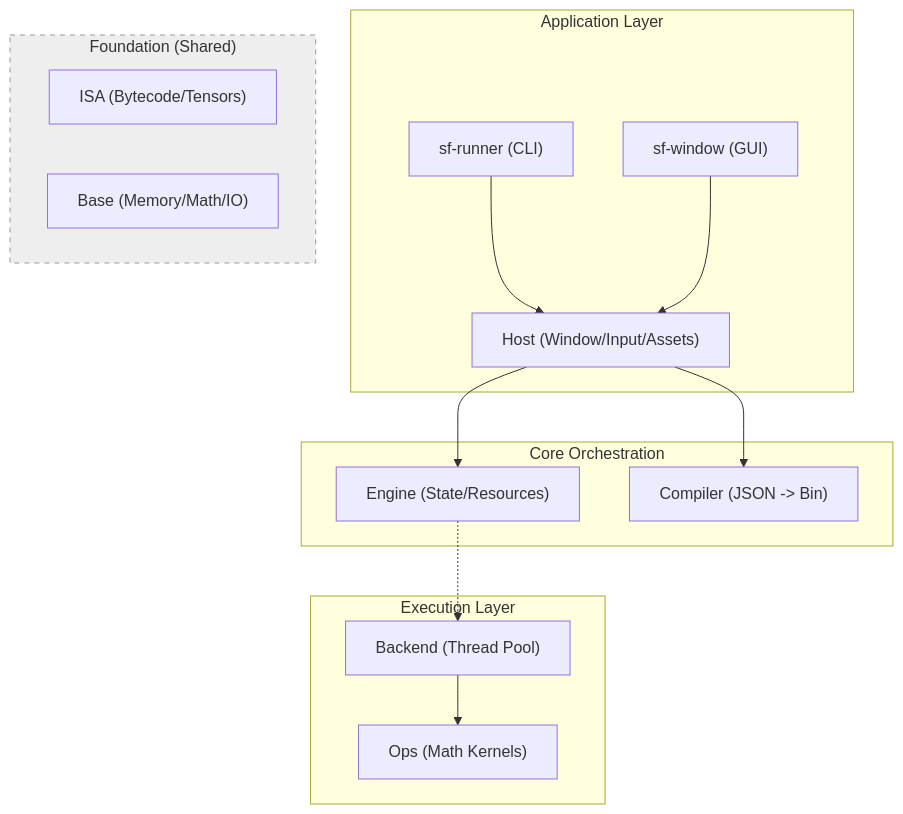
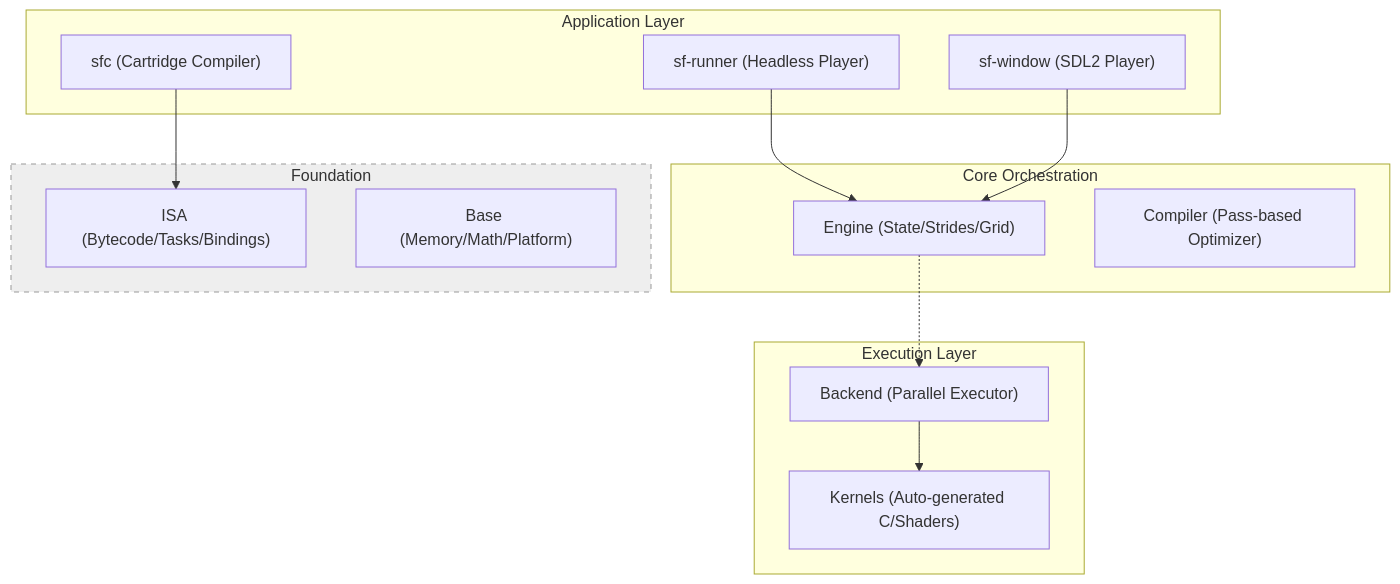
Before and after one commit to BinaryCat17/sf-spec: the diagram in docs/architecture.md, drawn with Mermaid. The commit also changed other lines of this file and 10 other files, not shown here.

````diff
--- a/docs/architecture.md
+++ b/docs/architecture.md
@@ -9,36 +9,34 @@
 ```mermaid
 graph TD
     subgraph App ["Application Layer"]
-        Runner["sf-runner (CLI)"]
-        Window["sf-window (GUI)"]
-        Host["Host (Window/Input/Assets)"]
+        SFC["sfc (Cartridge Compiler)"]
+        Runner["sf-runner (Headless Player)"]
+        Window["sf-window (SDL2 Player)"]
     end
 
     subgraph Core ["Core Orchestration"]
-        Engine["Engine (State/Resources)"]
-        Compiler["Compiler (JSON -> Bin)"]
+        Engine["Engine (State/Strides/Grid)"]
+        Compiler["Compiler (Pass-based Optimizer)"]
     end
 
     subgraph Exec ["Execution Layer"]
-        Backend["Backend (Thread Pool)"]
-        Ops["Ops (Math Kernels)"]
+        Backend["Backend (Parallel Executor)"]
+        Kernels["Kernels (Auto-generated C/Shaders)"]
     end
 
-    subgraph Foundation ["Foundation (Shared)"]
-        ISA["ISA (Bytecode/Tensors)"]
-        Base["Base (Memory/Math/IO)"]
+    subgraph Foundation ["Foundation"]
+        ISA["ISA (Bytecode/Tasks/Bindings)"]
+        Base["Base (Memory/Math/Platform)"]
     end
 
     %% Active Workflow Flow
-    Runner --> Host
-    Window --> Host
-    
-    Host --> Compiler
-    Host --> Engine
+    SFC --> ISA
+    Runner --> Engine
+    Window --> Engine
     
     Engine -.-> Backend
-    Backend --> Ops
+    Backend --> Kernels
 
     %% Style
     style Foundation fill:#eee,stroke:#999,stroke-dasharray: 5 5
 ```
````
